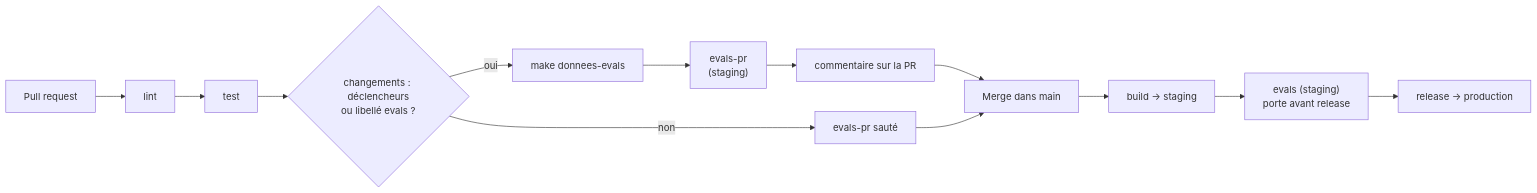
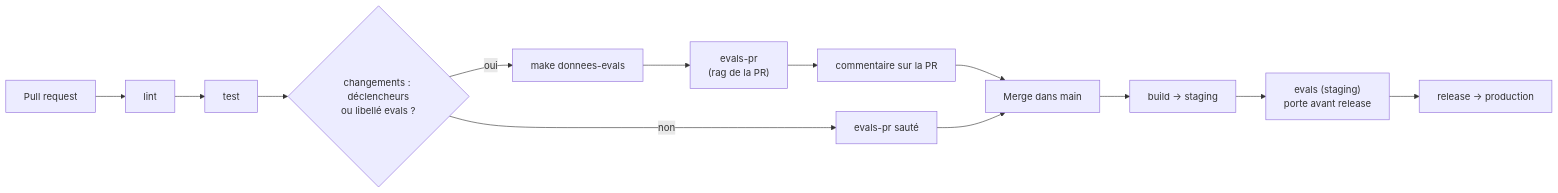
The diagram in docs/ci-evals.md (acerolaz/agentinsurflow), drawn with Mermaid before and after one commit. The commit also changed other lines of this file and 17 other files, not shown here.

````diff
--- a/docs/ci-evals.md
+++ b/docs/ci-evals.md
@@ -21,10 +21,10 @@
 ```mermaid
 flowchart LR
     PR["Pull request"] --> L[lint] --> T[test]
     T --> C{"changements : déclencheurs<br/>ou libellé evals ?"}
-    C -- oui --> D["make donnees-evals"] --> E["evals-pr<br/>(staging)"] --> K["commentaire sur la PR"]
+    C -- oui --> D["make donnees-evals"] --> E["evals-pr<br/>(rag de la PR)"] --> K["commentaire sur la PR"]
     C -- non --> S["evals-pr sauté"]
     K --> M["Merge dans main"]
     S --> M
     M --> B["build → staging"] --> EV["evals (staging)<br/>porte avant release"] --> R["release → production"]
 ```
````
